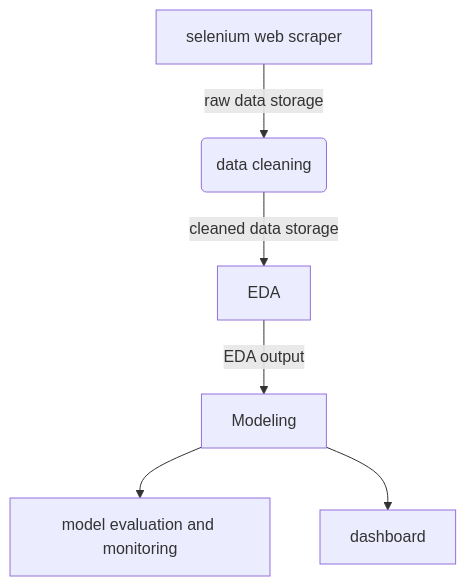
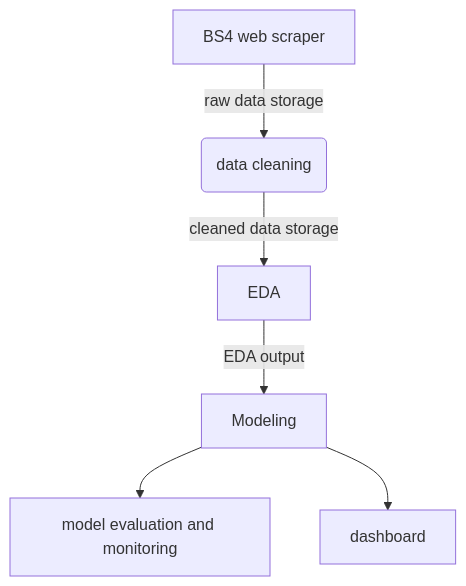
Before and after one commit to Mschaid/coffee_scraper: the diagram in layout.qmd, drawn with Mermaid. The commit also changed 3 other files, not shown here.

````diff
--- a/layout.qmd
+++ b/layout.qmd
@@ -6,10 +6,10 @@
 ```{mermaid}
 graph TD
-    A[selenium web scraper] --> |raw data storage|B(data cleaning)
+    A[BS4 web scraper] --> |raw data storage|B(data cleaning)
     B --> |cleaned data storage|C[EDA]
     C --> |EDA output|D[Modeling]
     D --> F[model evaluation and monitoring]
     D --> E[dashboard]
 
 
 ```
````
